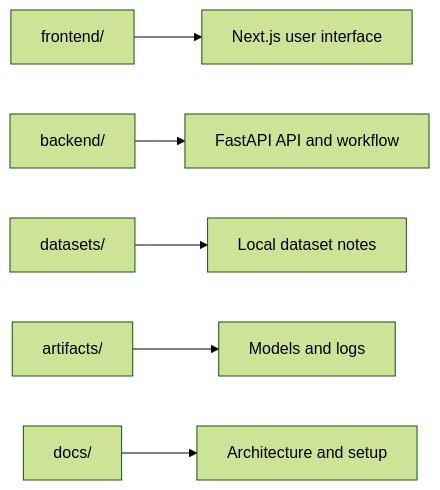
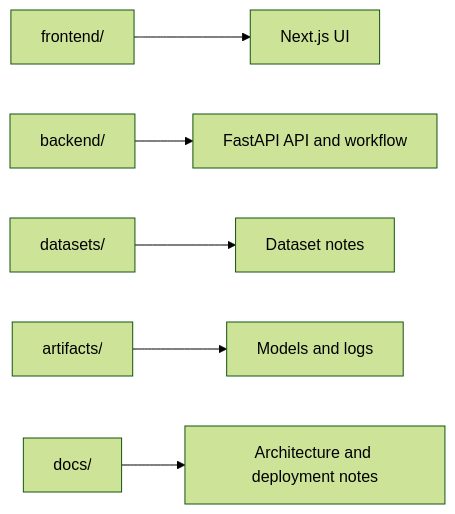
One commit to TopoVista/MRI-Brain-Tumor-Detection-Agentic-AI changed the third of 4 diagrams in README.md. Above: the diagram before and after it, drawn with Mermaid (forest theme). The commit also changed other lines of this file, not shown here.

Commit message:
Updated architecture and deployment

````diff
--- a/README.md
+++ b/README.md
@@ -45,8 +67,8 @@
 ```mermaid
 flowchart LR
-  A[frontend/] --> B[Next.js user interface]
+  A[frontend/] --> B[Next.js UI]
   C[backend/] --> D[FastAPI API and workflow]
-  E[datasets/] --> F[Local dataset notes]
+  E[datasets/] --> F[Dataset notes]
   G[artifacts/] --> H[Models and logs]
-  I[docs/] --> J[Architecture and setup]
+  I[docs/] --> J[Architecture and deployment notes]
 ```
````
